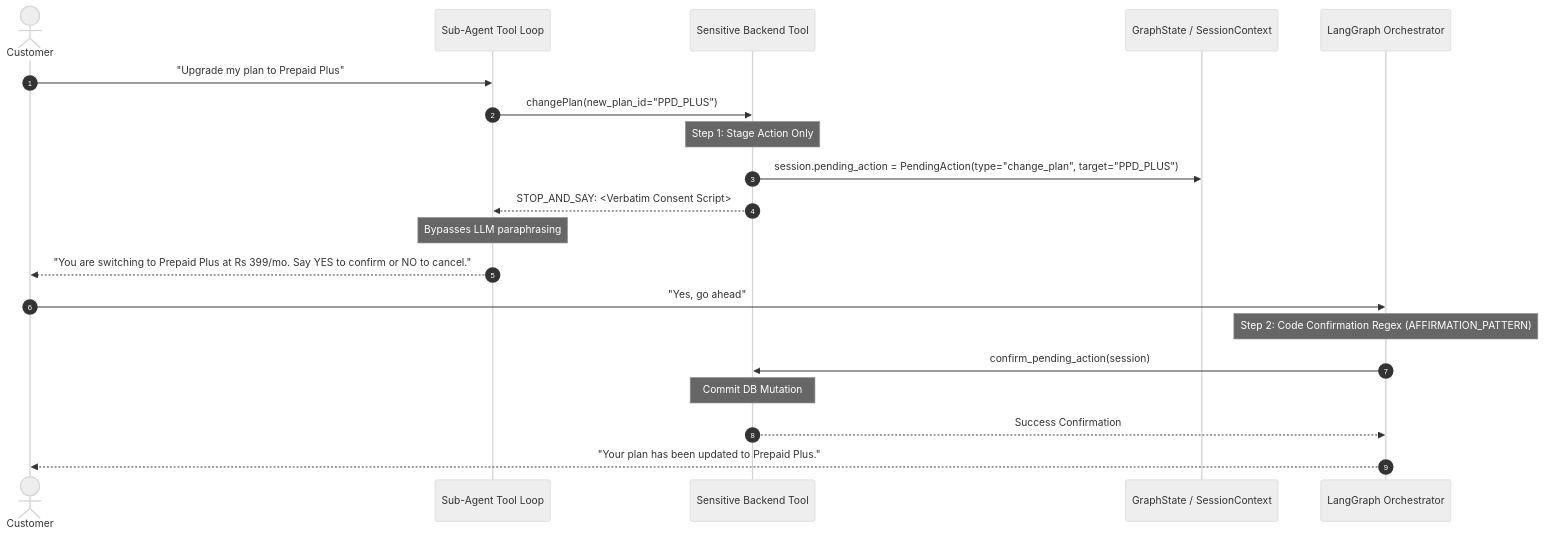
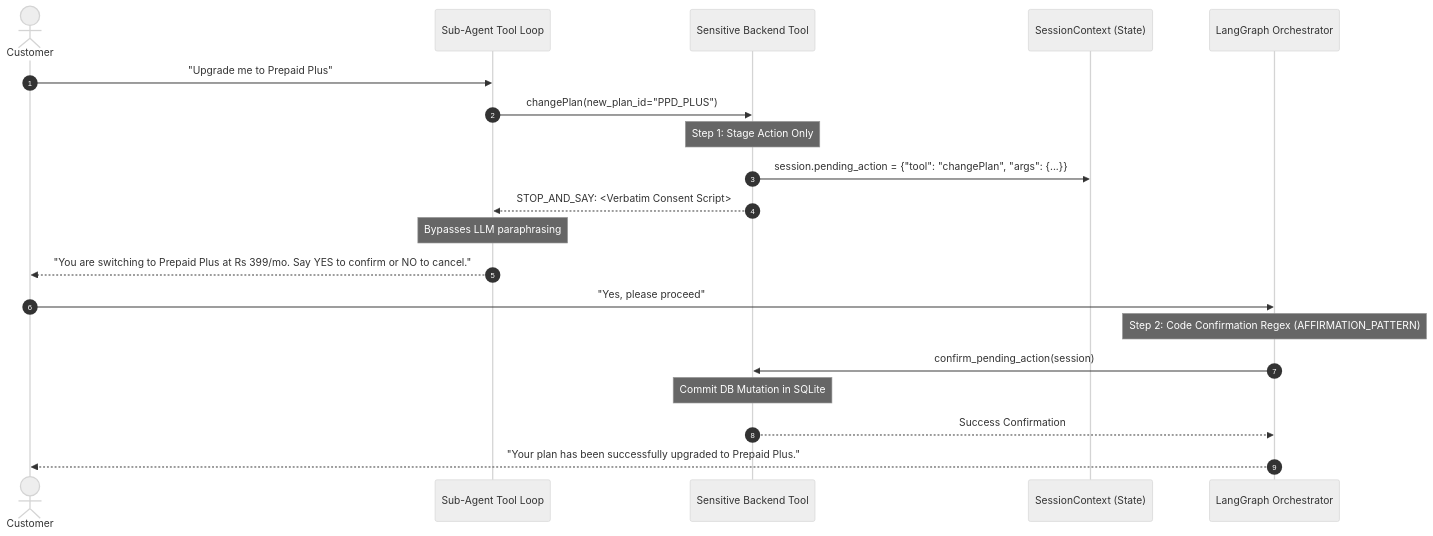
Before and after one commit to vishvaa-vsk/VAY-multilingual-agent: the second of 2 diagrams in docs/guardrails_and_handoff.md, drawn with Mermaid (neutral theme). The commit also changed other lines of this file and 3 other files, not shown here.

Commit message:
docs: enhance guardrails documentation with multi-layer architecture, PII scanning, abuse detection, and identity verification protocols.

````diff
--- a/docs/guardrails_and_handoff.md
+++ b/docs/guardrails_and_handoff.md
@@ -11,24 +90,24 @@
 ```mermaid
 sequenceDiagram
     autonumber
     actor Customer
-    participant Agent as Sub-Agent Tool Loop
+    participant SubAgent as Sub-Agent Tool Loop
     participant Tool as Sensitive Backend Tool
-    participant State as GraphState / SessionContext
+    participant Session as SessionContext (State)
     participant Graph as LangGraph Orchestrator
 
-    Customer->>Agent: "Upgrade my plan to Prepaid Plus"
-    Agent->>Tool: changePlan(new_plan_id="PPD_PLUS")
+    Customer->>SubAgent: "Upgrade me to Prepaid Plus"
+    SubAgent->>Tool: changePlan(new_plan_id="PPD_PLUS")
     Note over Tool: Step 1: Stage Action Only
-    Tool->>State: session.pending_action = PendingAction(type="change_plan", target="PPD_PLUS")
-    Tool-->>Agent: STOP_AND_SAY: <Verbatim Consent Script>
-    Note over Agent: Bypasses LLM paraphrasing
-    Agent-->>Customer: "You are switching to Prepaid Plus at Rs 399/mo. Say YES to confirm or NO to cancel."
+    Tool->>Session: session.pending_action = {"tool": "changePlan", "args": {...}}
+    Tool-->>SubAgent: STOP_AND_SAY: <Verbatim Consent Script>
+    Note over SubAgent: Bypasses LLM paraphrasing
+    SubAgent-->>Customer: "You are switching to Prepaid Plus at Rs 399/mo. Say YES to confirm or NO to cancel."
     
-    Customer->>Graph: "Yes, go ahead"
+    Customer->>Graph: "Yes, please proceed"
     Note over Graph: Step 2: Code Confirmation Regex (AFFIRMATION_PATTERN)
     Graph->>Tool: confirm_pending_action(session)
-    Note over Tool: Commit DB Mutation
+    Note over Tool: Commit DB Mutation in SQLite
     Tool-->>Graph: Success Confirmation
-    Graph-->>Customer: "Your plan has been updated to Prepaid Plus."
+    Graph-->>Customer: "Your plan has been successfully upgraded to Prepaid Plus."
 ```
````
